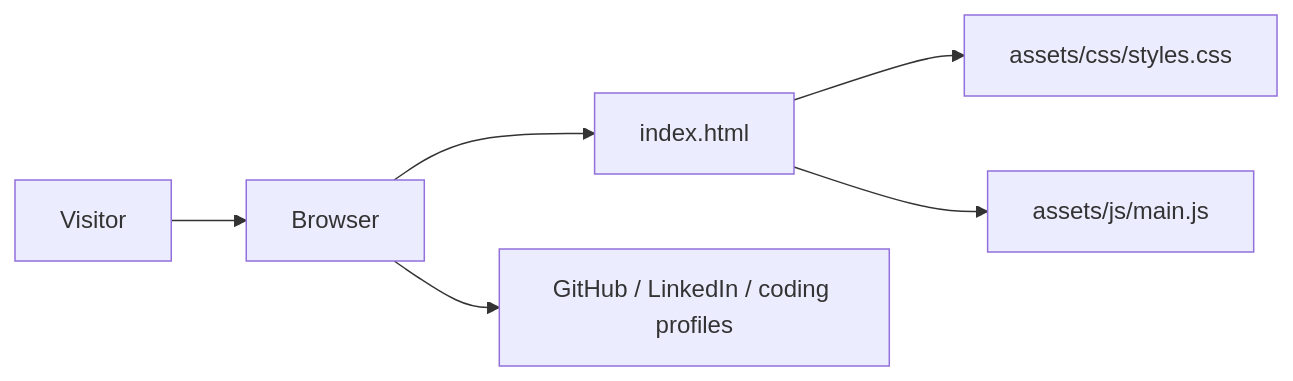
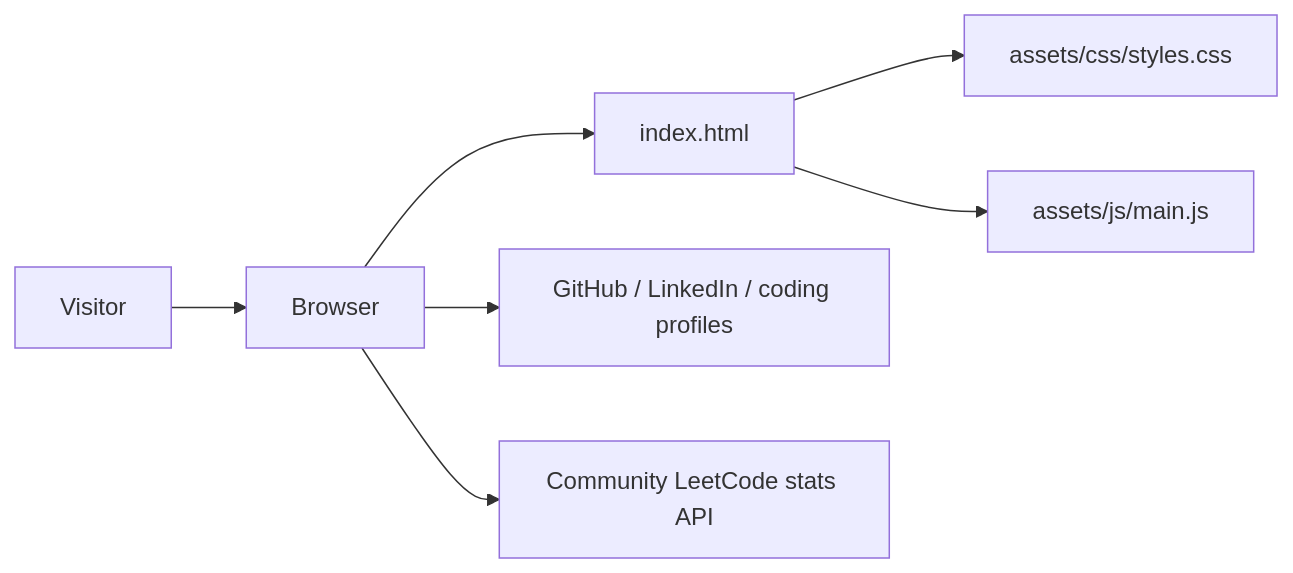
Before and after one commit to PratyushPratapSingh/MyPortfolio: the diagram in 3.architecture.md, drawn with Mermaid. The commit also changed other lines of this file and 8 other files, not shown here.

Commit message:
Add live LeetCode and portfolio project updates

````diff
--- a/3.architecture.md
+++ b/3.architecture.md
@@ -7,8 +7,9 @@
 ```mermaid
 flowchart LR
   Visitor --> Browser
   Browser --> HTML[index.html]
   HTML --> CSS[assets/css/styles.css]
   HTML --> JS[assets/js/main.js]
   Browser --> Profiles[GitHub / LinkedIn / coding profiles]
+  Browser --> LeetCodeAPI[Community LeetCode stats API]
 ```
````
